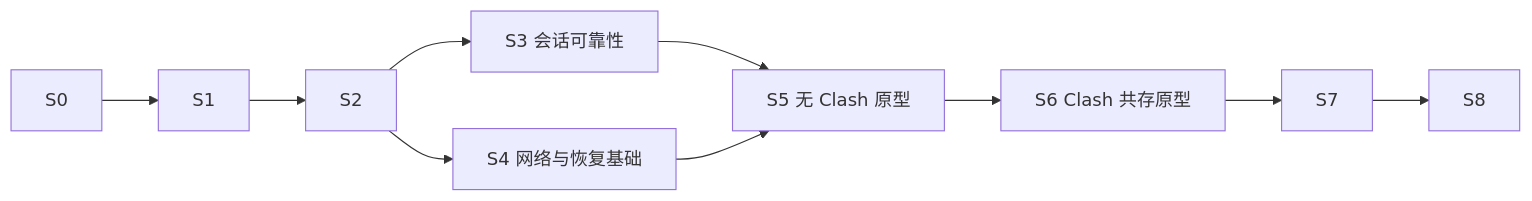
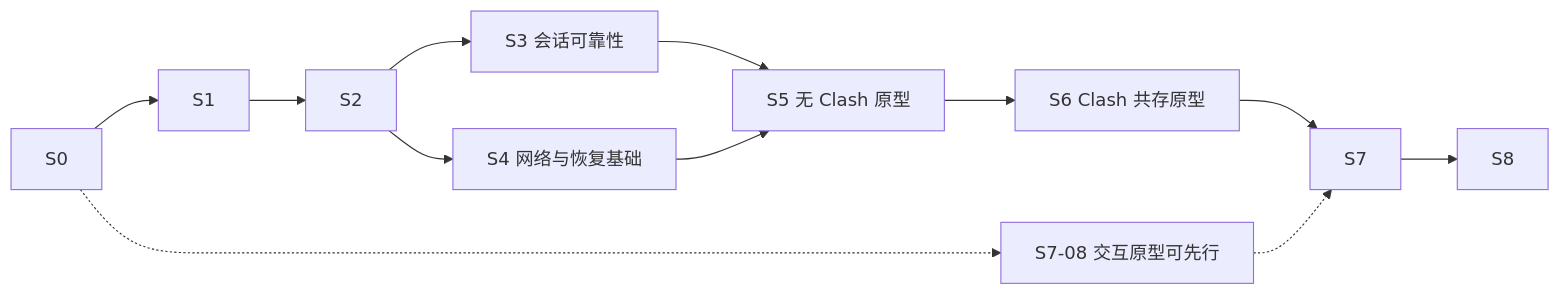
One commit to wtalioy/JustConnect changed the diagram in plan.md. Above: the diagram before and after it, drawn with Mermaid. The commit also changed other lines of this file and 1 other file, not shown here.

````diff
--- a/plan.md
+++ b/plan.md
@@ -43,9 +43,11 @@
 ```mermaid
 flowchart LR
     S0 --> S1 --> S2
     S2 --> S3["S3 会话可靠性"]
     S2 --> S4["S4 网络与恢复基础"]
     S3 --> S5["S5 无 Clash 原型"]
     S4 --> S5
     S5 --> S6["S6 Clash 共存原型"] --> S7 --> S8
+    S0 -.-> UI["S7-08 交互原型可先行"]
+    UI -.-> S7
 ```
````
